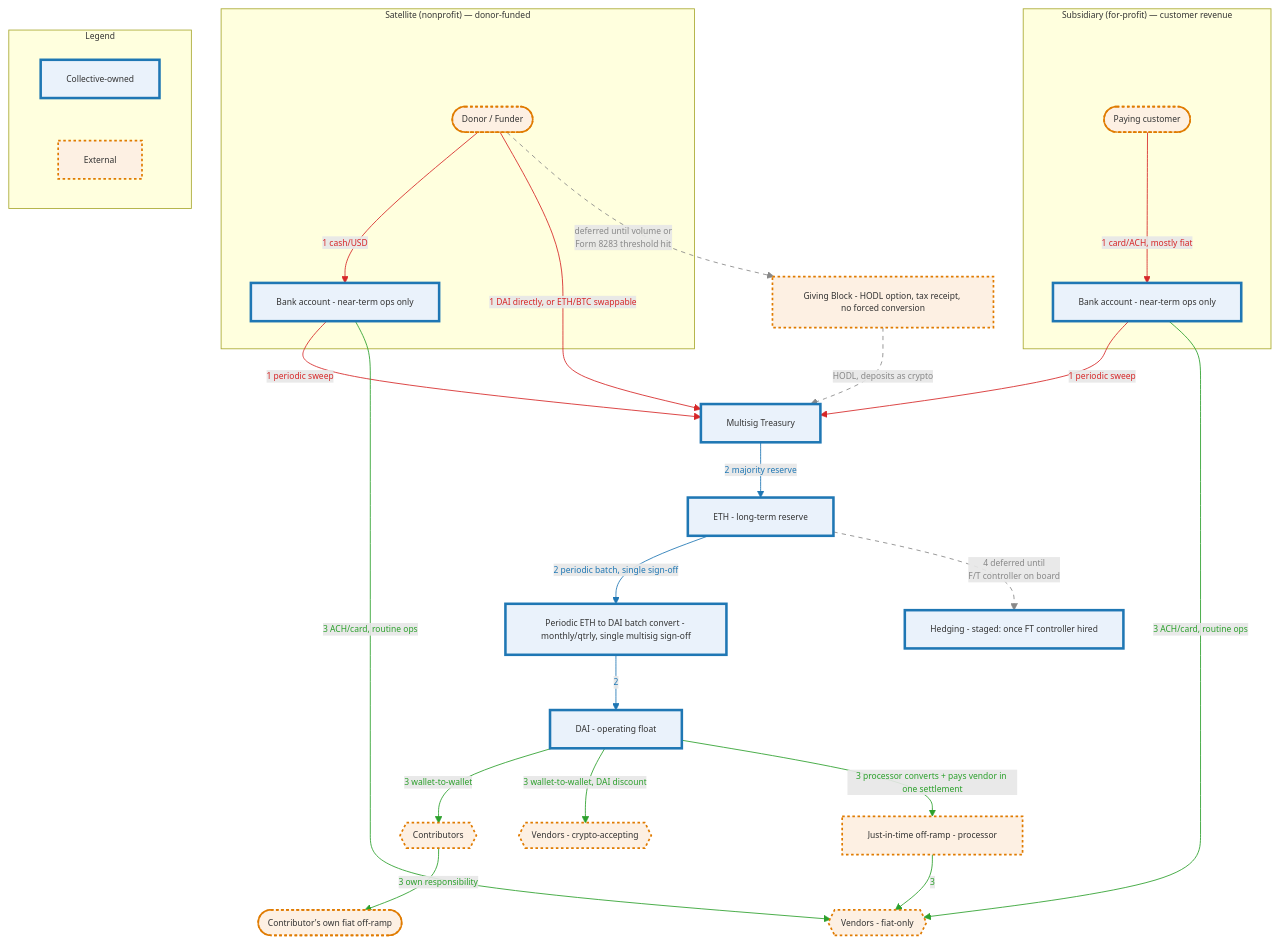
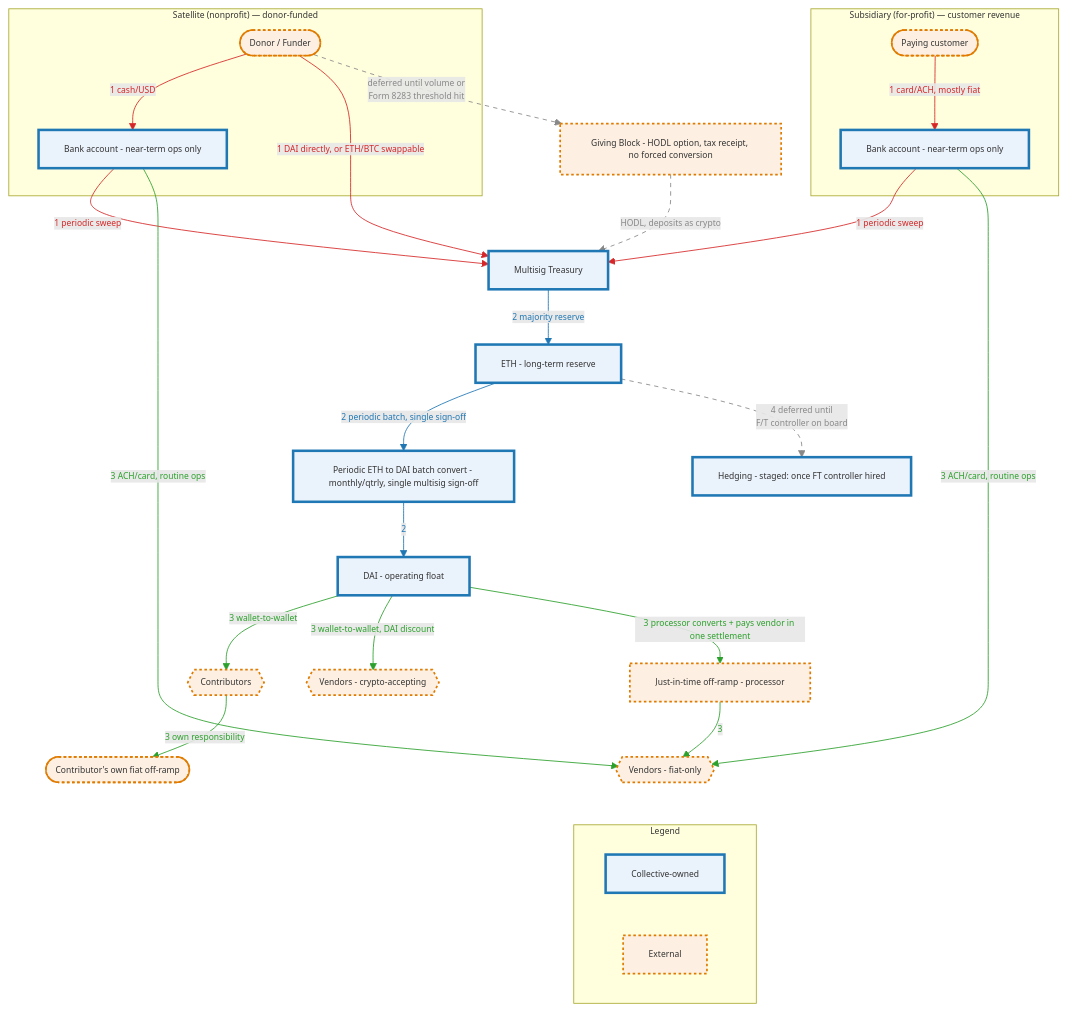
The third of 4 diagrams in governance/commons-hub-pattern.md (doikayt/admin), drawn with Mermaid before and after one commit.

Commit message:
docs: pin Legend to the bottom of the diagram
Adds an invisible layout-only link (VendorsFiat ~~~ LEGEND) so the
otherwise-disconnected Legend subgraph renders at the bottom instead
of wherever Mermaid's auto-layout would otherwise place it. Added as
the last edge so existing linkStyle indices stay untouched.

````diff
--- a/governance/commons-hub-pattern.md
+++ b/governance/commons-hub-pattern.md
@@ -880,66 +880,68 @@
 ```mermaid
 %%{init: {"themeVariables": {"fontSize": "10px"}}}%%
 flowchart TD
     subgraph SAT["Satellite (nonprofit) — donor-funded"]
         Donor([Donor / Funder])
         SatBank[Bank account - near-term ops only]
     end
 
     subgraph SUB["Subsidiary (for-profit) — customer revenue"]
         Customer([Paying customer])
         SubBank[Bank account - near-term ops only]
     end
 
     Treasury[Multisig Treasury]
     DonationProcessor[Giving Block - HODL option, tax receipt, no forced conversion]
     BatchConvert[Periodic ETH to DAI batch convert - monthly/qtrly, single multisig sign-off]
     DAIFloat[DAI - operating float]
     ETHReserve[ETH - long-term reserve]
     Contributors{{Contributors}}
     ContribOfframp([Contributor's own fiat off-ramp])
     VendorsCrypto{{Vendors - crypto-accepting}}
     OffRampJIT[Just-in-time off-ramp - processor]
     VendorsFiat{{Vendors - fiat-only}}
     Hedge[Hedging - staged: once FT controller hired]
 
     subgraph LEGEND["Legend"]
         L1[Collective-owned]
         L2[External]
     end
 
     Donor -- "1 cash/USD" --> SatBank
     SatBank -- "1 periodic sweep" --> Treasury
     Donor -- "1 DAI directly, or ETH/BTC swappable" --> Treasury
     Customer -- "1 card/ACH, mostly fiat" --> SubBank
     SubBank -- "1 periodic sweep" --> Treasury
 
     Donor -.->|"deferred until volume or<br/>Form 8283 threshold hit"| DonationProcessor
     DonationProcessor -.->|"HODL, deposits as crypto"| Treasury
 
     Treasury -- "2 majority reserve" --> ETHReserve
     ETHReserve -- "2 periodic batch, single sign-off" --> BatchConvert
     BatchConvert -- "2" --> DAIFloat
 
     DAIFloat -- "3 wallet-to-wallet" --> Contributors
     Contributors -- "3 own responsibility" --> ContribOfframp
     DAIFloat -- "3 wallet-to-wallet, DAI discount" --> VendorsCrypto
     DAIFloat -- "3 processor converts + pays vendor in one settlement" --> OffRampJIT
     OffRampJIT -- "3" --> VendorsFiat
     SatBank -- "3 ACH/card, routine ops" --> VendorsFiat
     SubBank -- "3 ACH/card, routine ops" --> VendorsFiat
 
     ETHReserve -.->|"4 deferred until<br/>F/T controller on board"| Hedge
 
+    VendorsFiat ~~~ LEGEND
+
     linkStyle 0,1,2,3,4 stroke:#d62728,color:#d62728
     linkStyle 7,8,9 stroke:#1f77b4,color:#1f77b4
     linkStyle 10,11,12,13,14,15,16 stroke:#2ca02c,color:#2ca02c
     linkStyle 5,6,17 stroke:#888888,color:#888888,stroke-dasharray: 5 5
 
     classDef owned fill:#eaf2fb,stroke:#1f77b4,stroke-width:3px
     classDef external fill:#fdf0e3,stroke:#e07b00,stroke-width:2px,stroke-dasharray:3 3
     class L1 owned
     class L2 external
     class Treasury,SatBank,SubBank,BatchConvert,DAIFloat,ETHReserve,Hedge owned
     class Donor,DonationProcessor,Customer,Contributors,ContribOfframp external
     class VendorsCrypto,OffRampJIT,VendorsFiat external
 ```
````
